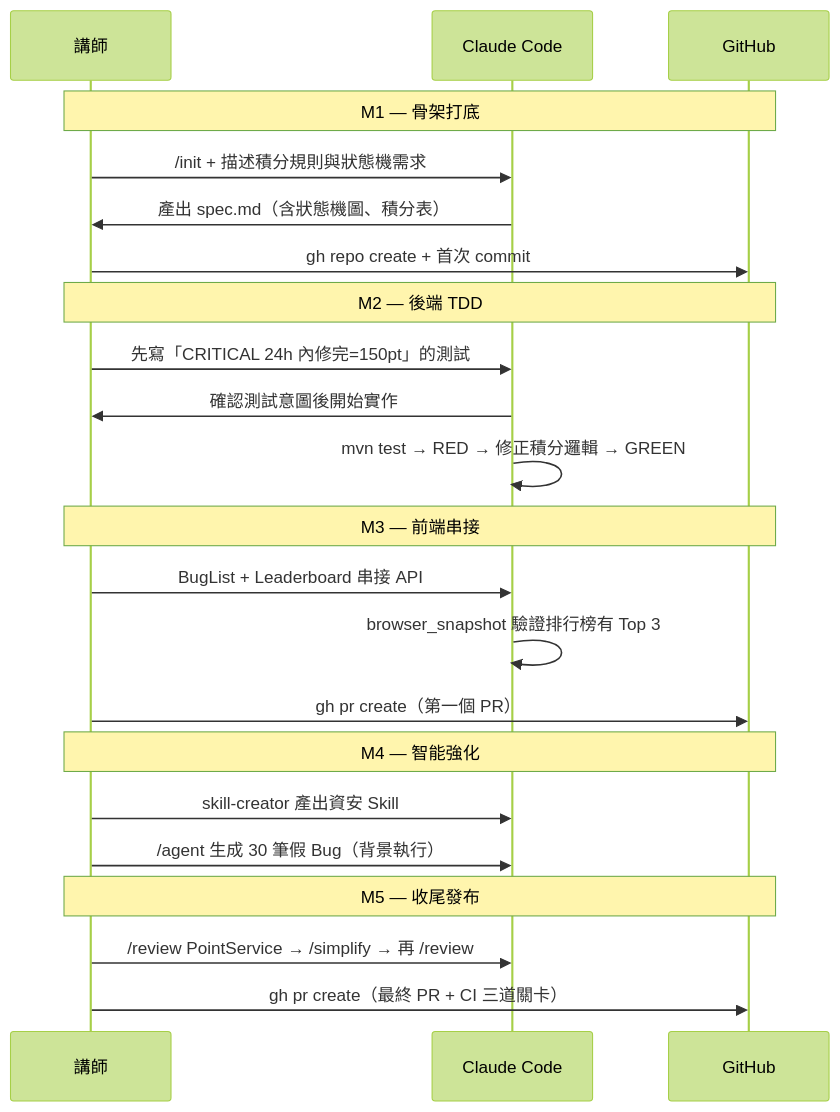
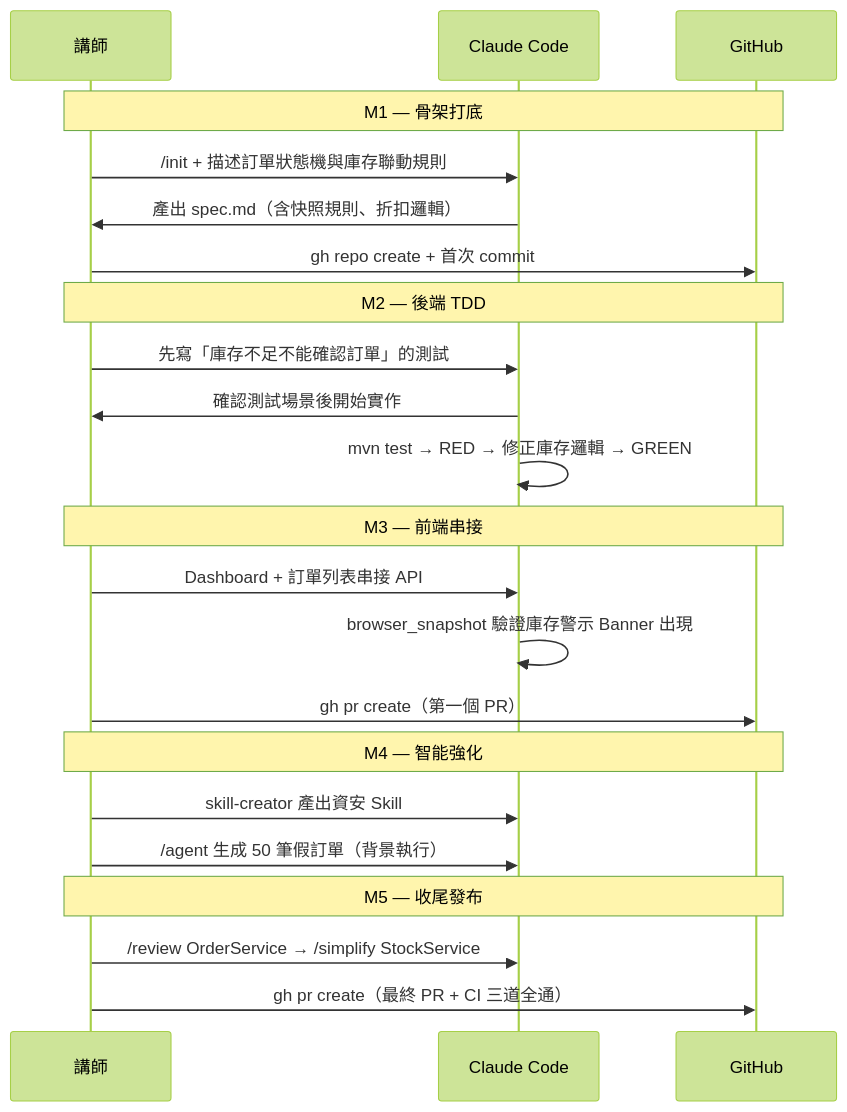
The second of 2 diagrams in portfolio_implementation_plan.md (kevintsai1202/claude-code-tutorial), drawn with Mermaid (forest theme) before and after one commit. The commit also changed other lines of this file and 1 other file, not shown here.

Commit message:
docs: switch project to Order+Inventory Management System

````diff
--- a/portfolio_implementation_plan.md
+++ b/portfolio_implementation_plan.md
@@ -343,29 +377,29 @@
 ```mermaid
 sequenceDiagram
   participant L as 講師
   participant C as Claude Code
   participant G as GitHub
 
   Note over L,G: M1 — 骨架打底
-  L->>C: /init + 描述積分規則與狀態機需求
-  C->>L: 產出 spec.md（含狀態機圖、積分表）
+  L->>C: /init + 描述訂單狀態機與庫存聯動規則
+  C->>L: 產出 spec.md（含快照規則、折扣邏輯）
   L->>G: gh repo create + 首次 commit
 
   Note over L,G: M2 — 後端 TDD
-  L->>C: 先寫「CRITICAL 24h 內修完=150pt」的測試
-  C->>L: 確認測試意圖後開始實作
-  C->>C: mvn test → RED → 修正積分邏輯 → GREEN
+  L->>C: 先寫「庫存不足不能確認訂單」的測試
+  C->>L: 確認測試場景後開始實作
+  C->>C: mvn test → RED → 修正庫存邏輯 → GREEN
 
   Note over L,G: M3 — 前端串接
-  L->>C: BugList + Leaderboard 串接 API
-  C->>C: browser_snapshot 驗證排行榜有 Top 3
+  L->>C: Dashboard + 訂單列表串接 API
+  C->>C: browser_snapshot 驗證庫存警示 Banner 出現
   L->>G: gh pr create（第一個 PR）
 
   Note over L,G: M4 — 智能強化
   L->>C: skill-creator 產出資安 Skill
-  L->>C: /agent 生成 30 筆假 Bug（背景執行）
+  L->>C: /agent 生成 50 筆假訂單（背景執行）
 
   Note over L,G: M5 — 收尾發布
-  L->>C: /review PointService → /simplify → 再 /review
-  L->>G: gh pr create（最終 PR + CI 三道關卡）
+  L->>C: /review OrderService → /simplify StockService
+  L->>G: gh pr create（最終 PR + CI 三道全通）
 ```
````
